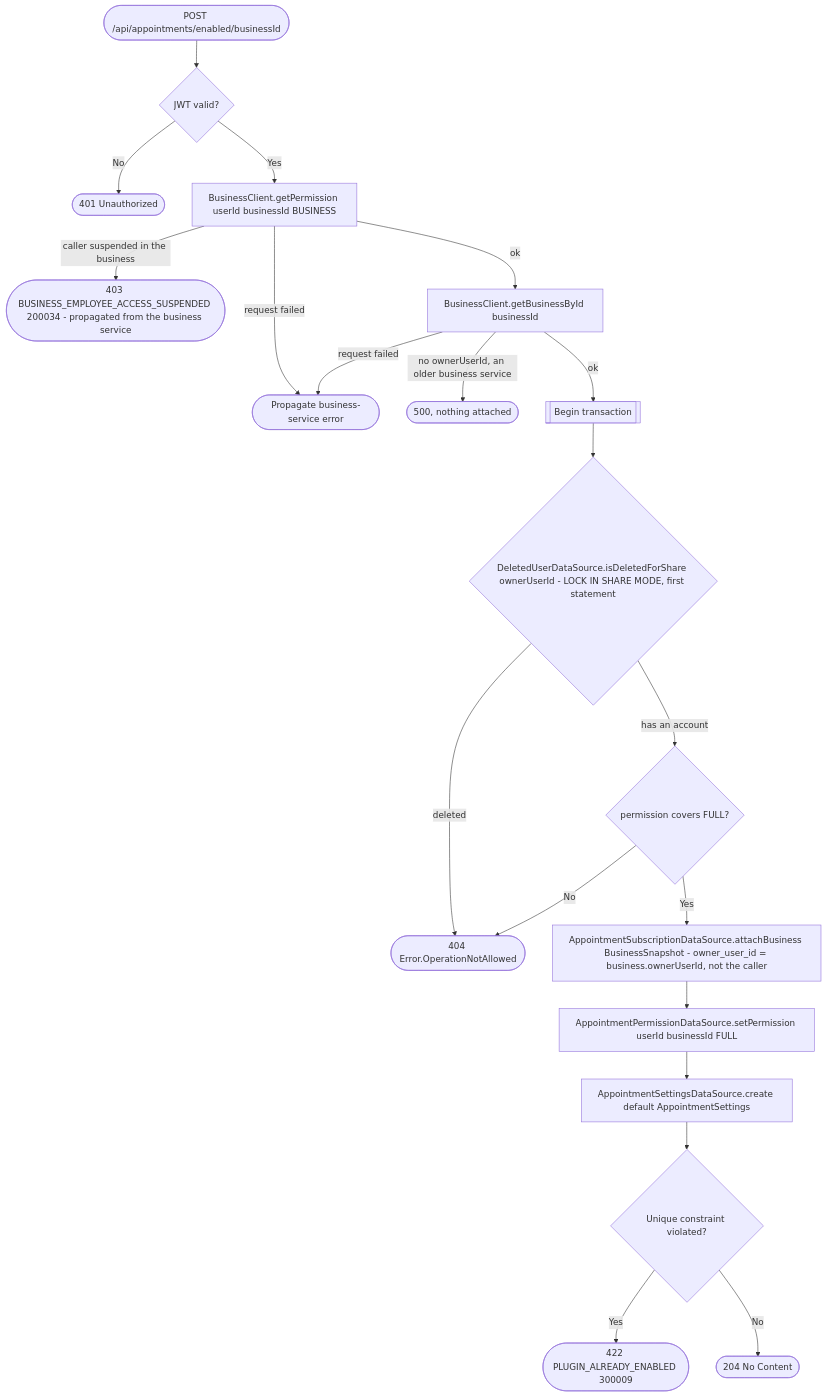
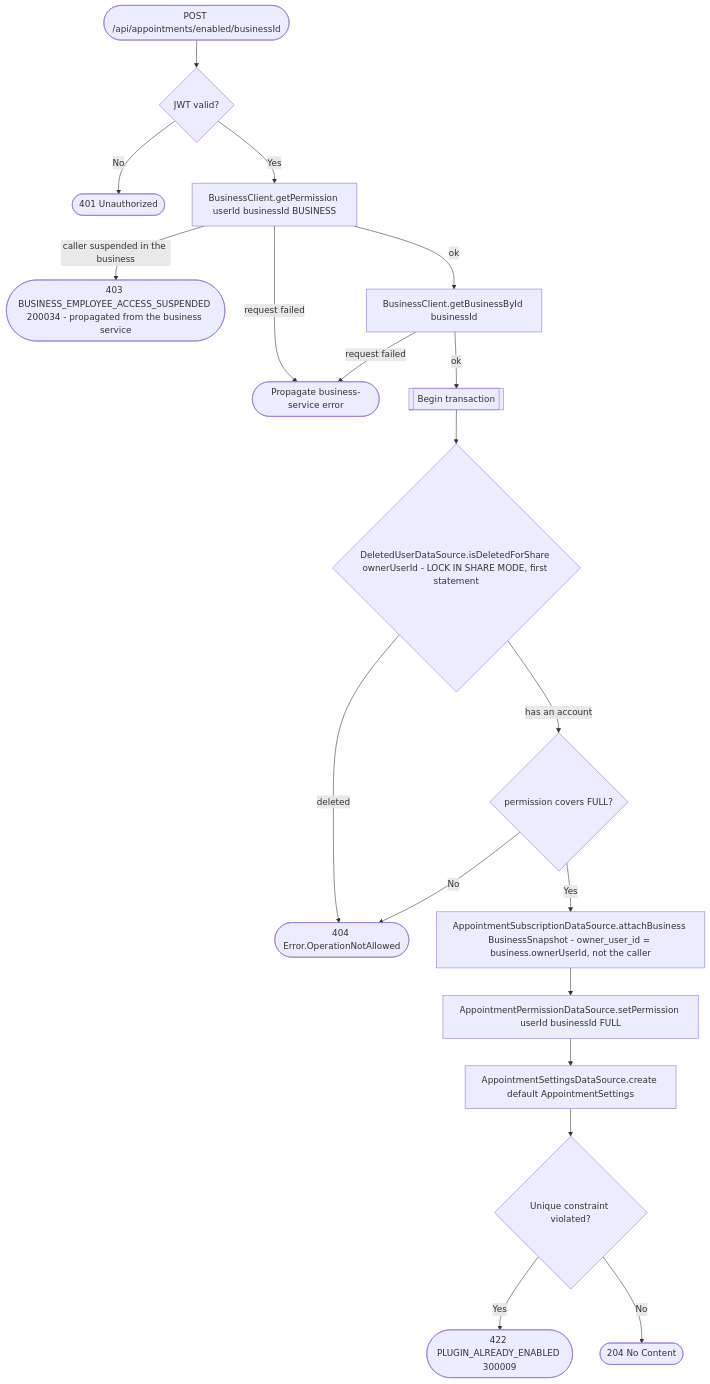
Before and after one commit to nocturneproperties/bookkme: the diagram in docs/operations/appointments/enable-appointments-for-business.md, drawn with Mermaid. The commit also changed 36 other files, not shown here.

````diff
--- a/docs/operations/appointments/enable-appointments-for-business.md
+++ b/docs/operations/appointments/enable-appointments-for-business.md
@@ -13,22 +13,21 @@
 ```mermaid
 flowchart TD
     Start([POST /api/appointments/enabled/businessId]) --> Auth{JWT valid?}
     Auth -- No --> R401([401 Unauthorized])
     Auth -- Yes --> GetPerm[BusinessClient.getPermission userId businessId BUSINESS]
     GetPerm -- request failed --> RErr([Propagate business-service error])
     GetPerm -- caller suspended in the business --> R403s([403 BUSINESS_EMPLOYEE_ACCESS_SUSPENDED 200034 - propagated from the business service])
     GetPerm -- ok --> GetBiz[BusinessClient.getBusinessById businessId]
     GetBiz -- request failed --> RErr
-    GetBiz -- no ownerUserId, an older business service --> R500([500, nothing attached])
     GetBiz -- ok --> Tx[[Begin transaction]]
     Tx --> OwnerGone{"DeletedUserDataSource.isDeletedForShare ownerUserId - LOCK IN SHARE MODE, first statement"}
     OwnerGone -- deleted --> R404
     OwnerGone -- has an account --> AssertOwner{permission covers FULL?}
     AssertOwner -- No --> R404([404 Error.OperationNotAllowed])
     AssertOwner -- Yes --> Attach["AppointmentSubscriptionDataSource.attachBusiness BusinessSnapshot - owner_user_id = business.ownerUserId, not the caller"]
     Attach --> SetPerm[AppointmentPermissionDataSource.setPermission userId businessId FULL]
     SetPerm --> CreateSettings[AppointmentSettingsDataSource.create default AppointmentSettings]
     CreateSettings --> Constraint{Unique constraint violated?}
     Constraint -- Yes --> R422([422 PLUGIN_ALREADY_ENABLED 300009])
     Constraint -- No --> R204([204 No Content])
 ```
````
